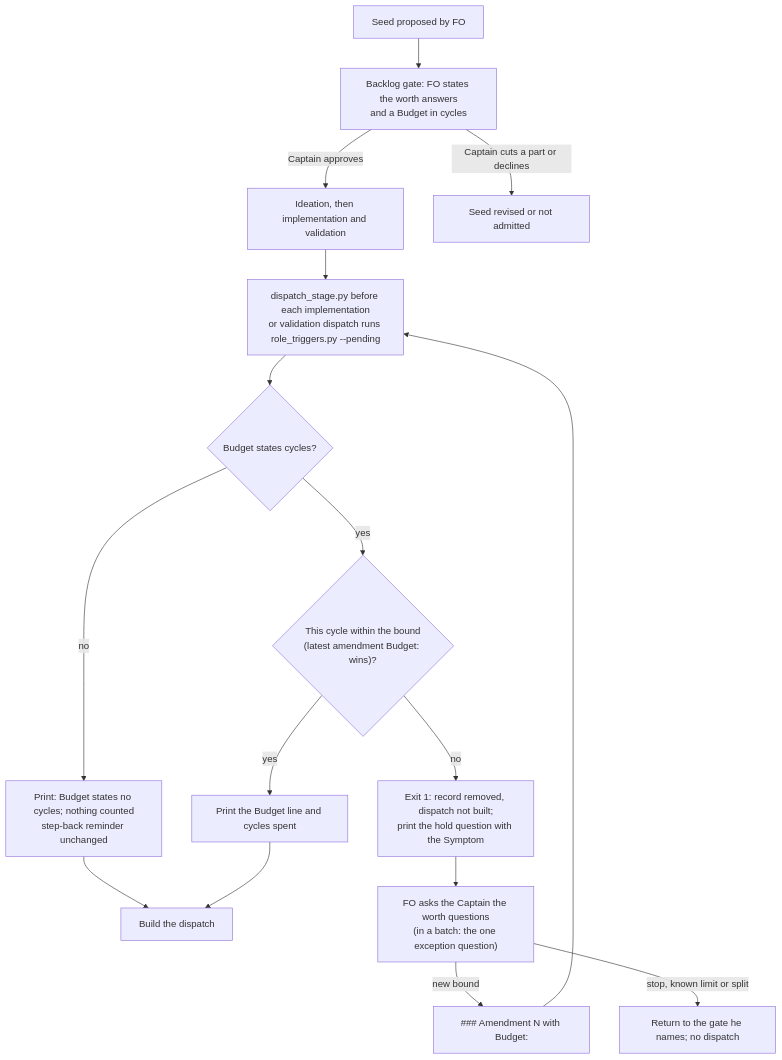
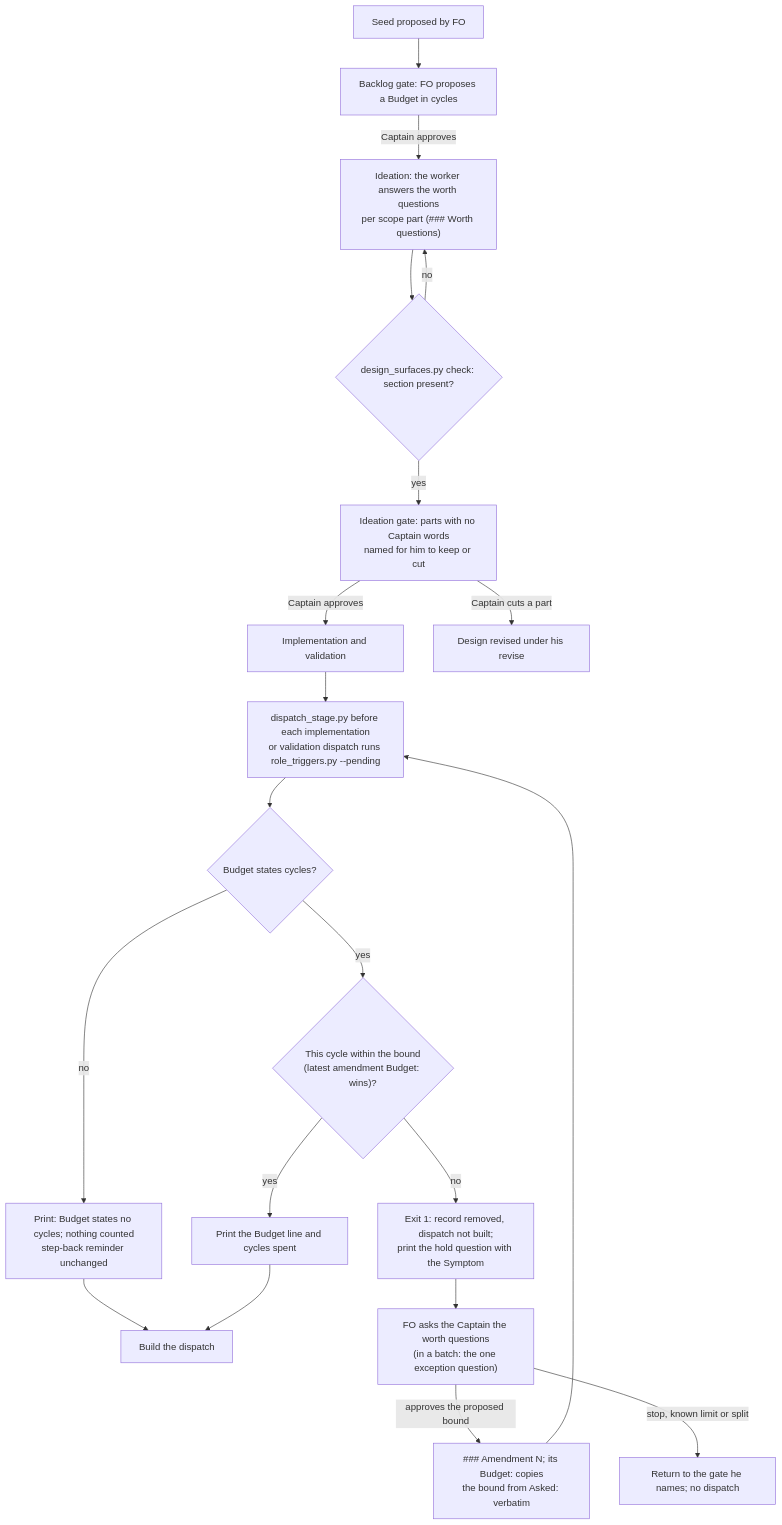
Before and after one commit to iamcxa/kc-claude-plugins: the diagram in budget-overrun-holds-and-findings-meet-non-goals.md, drawn with Mermaid. The commit also changed other lines of this file and 5 other files, not shown here.

Commit message:
state: budget-overrun-holds-and-findings-meet-non-goals ideation report, review fixes

````diff
--- a/budget-overrun-holds-and-findings-meet-non-goals.md
+++ b/budget-overrun-holds-and-findings-meet-non-goals.md
@@ -117,15 +127,19 @@
 ```mermaid
 flowchart TD
-  A[Seed proposed by FO] --> B["Backlog gate: FO states the worth answers<br/>and a Budget in cycles"]
-  B -->|Captain approves| C[Ideation, then implementation and validation]
+  A[Seed proposed by FO] --> B["Backlog gate: FO proposes a Budget in cycles"]
+  B -->|Captain approves| W["Ideation: the worker answers the worth questions<br/>per scope part (### Worth questions)"]
+  W --> X{"design_surfaces.py check: section present?"}
+  X -->|no| W
+  X -->|yes| Y["Ideation gate: parts with no Captain words<br/>named for him to keep or cut"]
+  Y -->|Captain approves| C[Implementation and validation]
   C --> D["dispatch_stage.py before each implementation<br/>or validation dispatch runs role_triggers.py --pending"]
   D --> E{"Budget states cycles?"}
   E -->|no| F["Print: Budget states no cycles; nothing counted<br/>step-back reminder unchanged"] --> G[Build the dispatch]
   E -->|yes| H{"This cycle within the bound<br/>(latest amendment Budget: wins)?"}
   H -->|yes| I["Print the Budget line and cycles spent"] --> G
   H -->|no| J["Exit 1: record removed, dispatch not built;<br/>print the hold question with the Symptom"]
   J --> K["FO asks the Captain the worth questions<br/>(in a batch: the one exception question)"]
-  K -->|new bound| L["### Amendment N with Budget:"] --> D
+  K -->|approves the proposed bound| L["### Amendment N; its Budget: copies<br/>the bound from Asked: verbatim"] --> D
   K -->|stop, known limit or split| M[Return to the gate he names; no dispatch]
-  B -->|Captain cuts a part or declines| N[Seed revised or not admitted]
+  Y -->|Captain cuts a part| N[Design revised under his revise]
 ```
````
